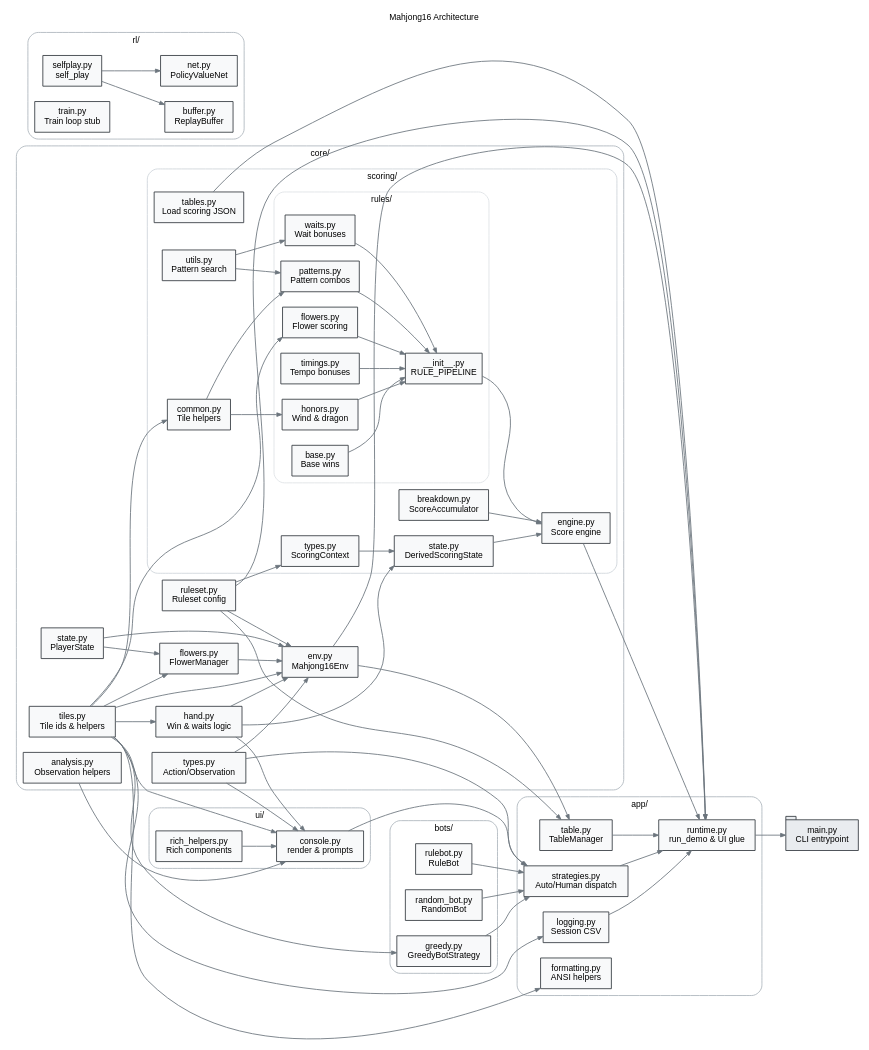
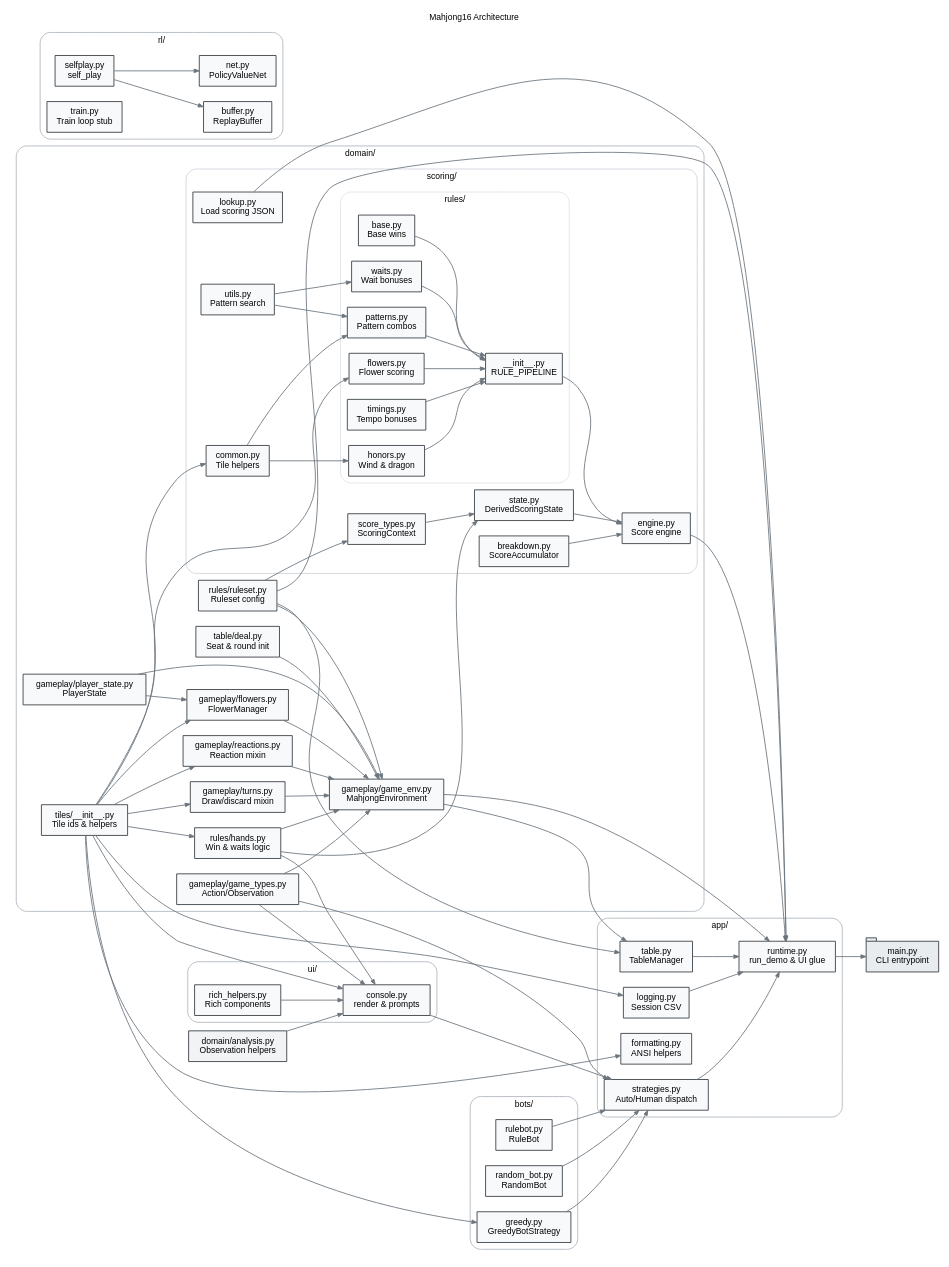
Before and after one commit to yuweiiihuang/mahjong16: the diagram in docs/architecture/diagram.gv, drawn with Graphviz. The commit also changed 72 other files, not shown here.

First line of the commit message:
Refactor and restructure domain packages for gameplay and session management (#56)

```diff
--- a/docs/architecture/diagram.gv
+++ b/docs/architecture/diagram.gv
@@ -1,156 +1,165 @@
 // Graphviz diagram of Mahjong16 modules and dependencies
 digraph Mahjong16 {
     graph [rankdir=LR, fontsize=10, fontname="Helvetica", labelloc="t", label="Mahjong16 Architecture"];
     node [shape=box, fontsize=10, fontname="Helvetica", style="filled", fillcolor="#f8f9fa", color="#343a40"];
     edge [color="#6c757d", arrowsize=0.6];
 
-    subgraph cluster_core {
-        label = "core/";
+    subgraph cluster_domain {
+        label = "domain/";
         color = "#adb5bd";
         style = "rounded";
 
-        core_tiles    [label="tiles.py\nTile ids & helpers"];
-        core_ruleset  [label="ruleset.py\nRuleset config"];
-        core_types    [label="types.py\nAction/Observation"];
-        core_state    [label="state.py\nPlayerState"];
-        core_hand     [label="hand.py\nWin & waits logic"];
-        core_flowers  [label="flowers.py\nFlowerManager"];
-        core_env      [label="env.py\nMahjong16Env"];
-        core_analysis [label="analysis.py\nObservation helpers"];
+        domain_tiles      [label="tiles/__init__.py\nTile ids & helpers"];
+        domain_ruleset    [label="rules/ruleset.py\nRuleset config"];
+        domain_rules_hands[label="rules/hands.py\nWin & waits logic"];
+        domain_game_types [label="gameplay/game_types.py\nAction/Observation"];
+        domain_player     [label="gameplay/player_state.py\nPlayerState"];
+        domain_flowers    [label="gameplay/flowers.py\nFlowerManager"];
+        domain_turns      [label="gameplay/turns.py\nDraw/discard mixin"];
+        domain_reactions  [label="gameplay/reactions.py\nReaction mixin"];
+        domain_env        [label="gameplay/game_env.py\nMahjongEnvironment"];
+        domain_table      [label="table/deal.py\nSeat & round init"];
 
-        subgraph cluster_core_scoring {
+        subgraph cluster_domain_scoring {
             label = "scoring/";
             color = "#ced4da";
             style = "rounded";
 
-            core_sc_tables    [label="tables.py\nLoad scoring JSON"];
-            core_sc_types     [label="types.py\nScoringContext"];
-            core_sc_state     [label="state.py\nDerivedScoringState"];
-            core_sc_engine    [label="engine.py\nScore engine"];
-            core_sc_breakdown [label="breakdown.py\nScoreAccumulator"];
-            core_sc_common    [label="common.py\nTile helpers"];
-            core_sc_utils     [label="utils.py\nPattern search"];
+            domain_sc_tables    [label="lookup.py\nLoad scoring JSON"];
+            domain_sc_types     [label="score_types.py\nScoringContext"];
+            domain_sc_state     [label="state.py\nDerivedScoringState"];
+            domain_sc_engine    [label="engine.py\nScore engine"];
+            domain_sc_breakdown [label="breakdown.py\nScoreAccumulator"];
+            domain_sc_common    [label="common.py\nTile helpers"];
+            domain_sc_utils     [label="utils.py\nPattern search"];
 
-            subgraph cluster_core_scoring_rules {
+            subgraph cluster_domain_scoring_rules {
                 label = "rules/";
                 color = "#dee2e6";
                 style = "rounded";
 
-                core_sc_rules_pipeline [label="__init__.py\nRULE_PIPELINE"];
-                core_sc_rules_flowers  [label="flowers.py\nFlower scoring"];
-                core_sc_rules_base     [label="base.py\nBase wins"];
-                core_sc_rules_waits    [label="waits.py\nWait bonuses"];
-                core_sc_rules_patterns [label="patterns.py\nPattern combos"];
-                core_sc_rules_honors   [label="honors.py\nWind & dragon"];
-                core_sc_rules_timings  [label="timings.py\nTempo bonuses"];
+                domain_sc_rules_pipeline [label="__init__.py\nRULE_PIPELINE"];
+                domain_sc_rules_flowers  [label="flowers.py\nFlower scoring"];
+                domain_sc_rules_base     [label="base.py\nBase wins"];
+                domain_sc_rules_waits    [label="waits.py\nWait bonuses"];
+                domain_sc_rules_patterns [label="patterns.py\nPattern combos"];
+                domain_sc_rules_honors   [label="honors.py\nWind & dragon"];
+                domain_sc_rules_timings  [label="timings.py\nTempo bonuses"];
             }
         }
     }
+
+    domain_analysis [label="domain/analysis.py\nObservation helpers", fillcolor="#f1f3f5"];
 
     subgraph cluster_app {
         label = "app/";
         color = "#adb5bd";
         style = "rounded";
         app_table    [label="table.py\nTableManager"];
         app_strat    [label="strategies.py\nAuto/Human dispatch"];
         app_runtime  [label="runtime.py\nrun_demo & UI glue"];
         app_logging  [label="logging.py\nSession CSV"];
         app_format   [label="formatting.py\nANSI helpers"];
     }
 
     subgraph cluster_ui {
         label = "ui/";
         color = "#adb5bd";
         style = "rounded";
         ui_console [label="console.py\nrender & prompts"];
         ui_helpers [label="rich_helpers.py\nRich components"];
     }
 
     subgraph cluster_bots {
         label = "bots/";
         color = "#adb5bd";
         style = "rounded";
         bot_rule   [label="rulebot.py\nRuleBot"];
         bot_random [label="random_bot.py\nRandomBot"];
         bot_greedy [label="greedy.py\nGreedyBotStrategy"];
     }
 
     subgraph cluster_rl {
         label = "rl/";
         color = "#adb5bd";
         style = "rounded";
         rl_selfplay [label="selfplay.py\nself_play"];
         rl_buffer   [label="buffer.py\nReplayBuffer"];
         rl_net      [label="net.py\nPolicyValueNet"];
         rl_train    [label="train.py\nTrain loop stub"];
     }
 
     main_cli [label="main.py\nCLI entrypoint", shape=tab, fillcolor="#e9ecef"];
 
-    // Core dependencies
-    core_tiles -> core_hand;
-    core_tiles -> core_env;
-    core_tiles -> core_flowers;
-    core_tiles -> core_sc_common;
-    core_tiles -> core_sc_rules_flowers;
-    core_tiles -> ui_console;
-    core_tiles -> app_logging;
-    core_tiles -> app_format;
-    core_tiles -> bot_greedy;
+    // Domain dependencies
+    domain_tiles -> domain_rules_hands;
+    domain_tiles -> domain_flowers;
+    domain_tiles -> domain_turns;
+    domain_tiles -> domain_reactions;
+    domain_tiles -> domain_sc_common;
+    domain_tiles -> domain_sc_rules_flowers;
+    domain_tiles -> ui_console;
+    domain_tiles -> app_logging;
+    domain_tiles -> app_format;
+    domain_tiles -> bot_greedy;
 
-    core_ruleset -> core_env;
-    core_ruleset -> core_sc_types;
-    core_ruleset -> app_table;
-    core_ruleset -> app_runtime;
+    domain_ruleset -> domain_env;
+    domain_ruleset -> domain_sc_types;
+    domain_ruleset -> app_table;
+    domain_ruleset -> app_runtime;
 
-    core_types -> core_env;
-    core_types -> ui_console;
-    core_types -> app_strat;
+    domain_game_types -> domain_env;
+    domain_game_types -> ui_console;
+    domain_game_types -> app_strat;
 
-    core_state -> core_flowers;
-    core_state -> core_env;
+    domain_player -> domain_flowers;
+    domain_player -> domain_env;
 
-    core_hand -> core_env;
-    core_hand -> core_sc_state;
-    core_hand -> ui_console;
+    domain_rules_hands -> domain_env;
+    domain_rules_hands -> domain_sc_state;
+    domain_rules_hands -> ui_console;
 
-    core_flowers -> core_env;
+    domain_flowers -> domain_env;
 
-    core_analysis -> ui_console;
+    domain_turns -> domain_env;
+    domain_reactions -> domain_env;
+    domain_table -> domain_env;
 
-    core_env -> app_table;
-    core_env -> app_runtime;
+    domain_analysis -> ui_console;
 
-    core_sc_tables -> app_runtime;
-    core_sc_types -> core_sc_state;
-    core_sc_common -> core_sc_rules_patterns;
-    core_sc_common -> core_sc_rules_honors;
-    core_sc_utils -> core_sc_rules_patterns;
-    core_sc_utils -> core_sc_rules_waits;
-    core_sc_state -> core_sc_engine;
-    core_sc_rules_flowers -> core_sc_rules_pipeline;
-    core_sc_rules_base -> core_sc_rules_pipeline;
-    core_sc_rules_waits -> core_sc_rules_pipeline;
-    core_sc_rules_patterns -> core_sc_rules_pipeline;
-    core_sc_rules_honors -> core_sc_rules_pipeline;
-    core_sc_rules_timings -> core_sc_rules_pipeline;
-    core_sc_rules_pipeline -> core_sc_engine;
-    core_sc_engine -> app_runtime;
-    core_sc_breakdown -> core_sc_engine;
+    domain_env -> app_table;
+    domain_env -> app_runtime;
+
+    domain_sc_tables -> app_runtime;
+    domain_sc_types -> domain_sc_state;
+    domain_sc_common -> domain_sc_rules_patterns;
+    domain_sc_common -> domain_sc_rules_honors;
+    domain_sc_utils -> domain_sc_rules_patterns;
+    domain_sc_utils -> domain_sc_rules_waits;
+    domain_sc_state -> domain_sc_engine;
+    domain_sc_rules_flowers -> domain_sc_rules_pipeline;
+    domain_sc_rules_base -> domain_sc_rules_pipeline;
+    domain_sc_rules_waits -> domain_sc_rules_pipeline;
+    domain_sc_rules_patterns -> domain_sc_rules_pipeline;
+    domain_sc_rules_honors -> domain_sc_rules_pipeline;
+    domain_sc_rules_timings -> domain_sc_rules_pipeline;
+    domain_sc_rules_pipeline -> domain_sc_engine;
+    domain_sc_engine -> app_runtime;
+    domain_sc_breakdown -> domain_sc_engine;
 
     ui_helpers -> ui_console;
 
     app_table -> app_runtime;
     app_strat -> app_runtime;
     app_logging -> app_runtime;
     ui_console -> app_strat;
 
     bot_rule -> app_strat;
     bot_random -> app_strat;
     bot_greedy -> app_strat;
 
     rl_selfplay -> rl_buffer;
     rl_selfplay -> rl_net;
 
     app_runtime -> main_cli;
 }
```
